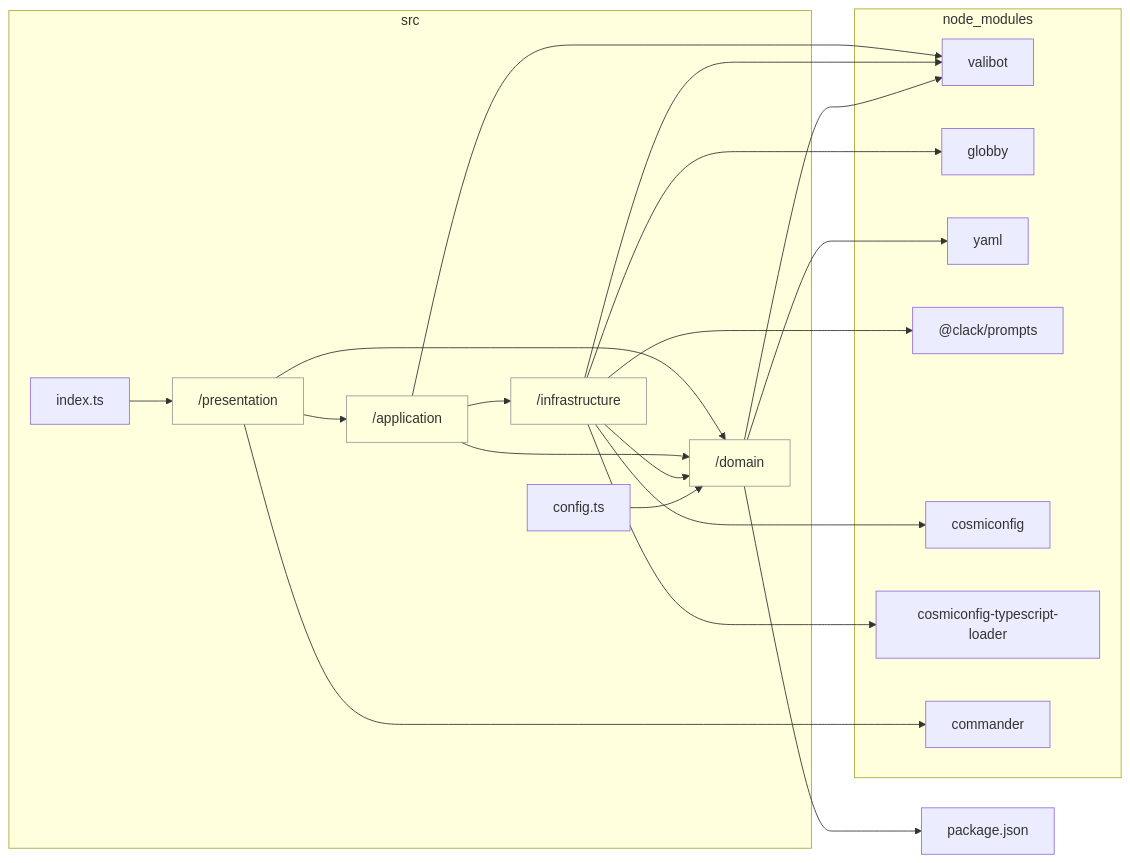
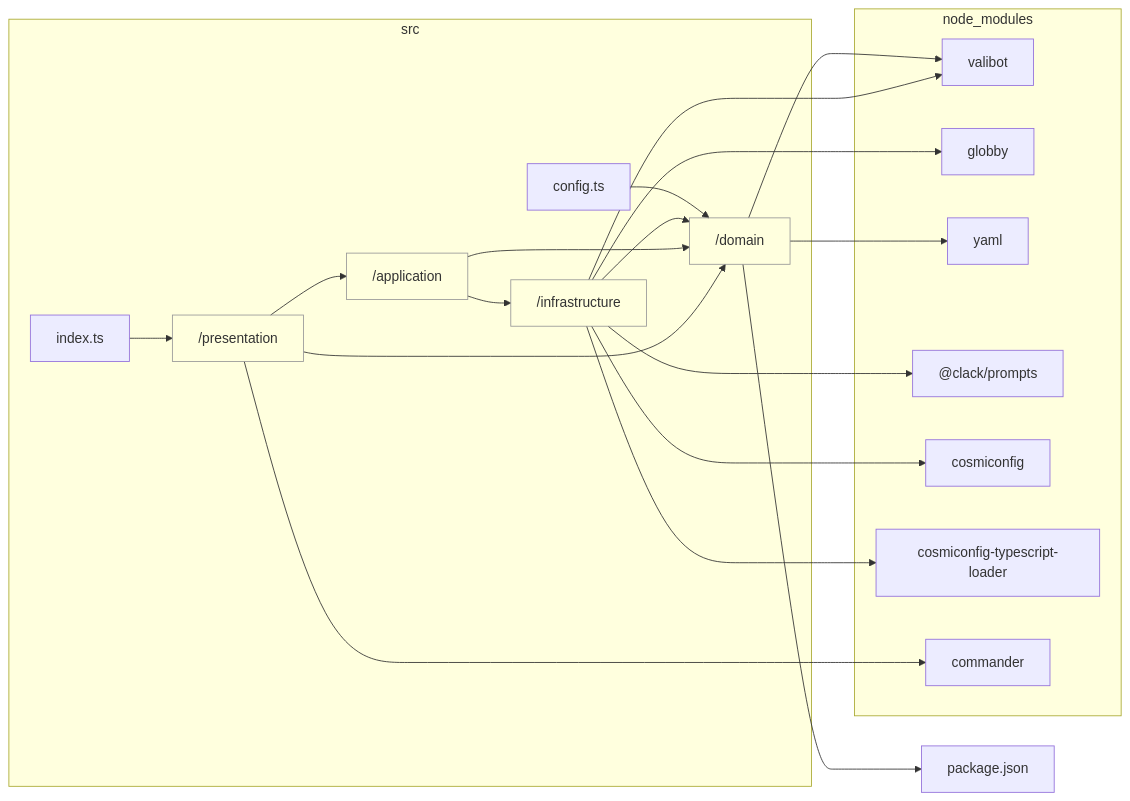
Before and after one commit to sugurutakahashi-1234/mermaid-markdown-wrap: the diagram in docs/reports/dependencies/layers.md, drawn with Mermaid. The commit also changed 3 other files, not shown here.

````diff
--- a/docs/reports/dependencies/layers.md
+++ b/docs/reports/dependencies/layers.md
@@ -7,38 +7,37 @@
 ```mermaid
 flowchart LR
     classDef dir fill:#0000,stroke:#999
     subgraph src["src"]
         src/domain["/domain"]:::dir
         src/config.ts["config.ts"]
         src/infrastructure["/infrastructure"]:::dir
         src/application["/application"]:::dir
         src/presentation["/presentation"]:::dir
         src/index.ts["index.ts"]
     end
     subgraph node//modules["node_modules"]
         node//modules/valibot/dist/index.d.cts["valibot"]
         node//modules/globby/index.d.ts["globby"]
         node//modules/yaml/dist/index.d.ts["yaml"]
         node//modules///clack/prompts/dist/index.d.ts["@clack/prompts"]
         node//modules/cosmiconfig/dist/index.d.ts["cosmiconfig"]
         node//modules/cosmiconfig//typescript//loader/dist/types/index.d.ts["cosmiconfig-typescript-loader"]
         node//modules/commander/typings/index.d.ts["commander"]
     end
     src/domain-->node//modules/valibot/dist/index.d.cts
     src/config.ts-->src/domain
     src/domain-->package.json
     src/infrastructure-->node//modules/globby/index.d.ts
     src/infrastructure-->src/domain
     src/application-->src/domain
     src/application-->src/infrastructure
     src/domain-->node//modules/yaml/dist/index.d.ts
     src/infrastructure-->node//modules///clack/prompts/dist/index.d.ts
     src/infrastructure-->node//modules/cosmiconfig/dist/index.d.ts
     src/infrastructure-->node//modules/cosmiconfig//typescript//loader/dist/types/index.d.ts
     src/infrastructure-->node//modules/valibot/dist/index.d.cts
-    src/application-->node//modules/valibot/dist/index.d.cts
     src/presentation-->node//modules/commander/typings/index.d.ts
     src/presentation-->src/application
     src/presentation-->src/domain
     src/index.ts-->src/presentation
 ```
````
